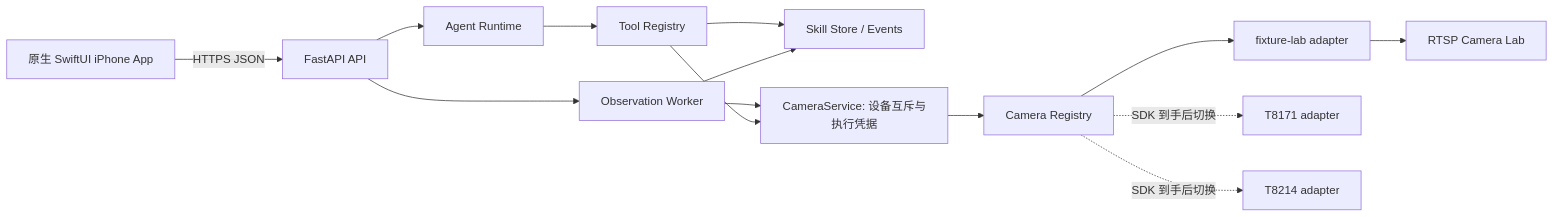
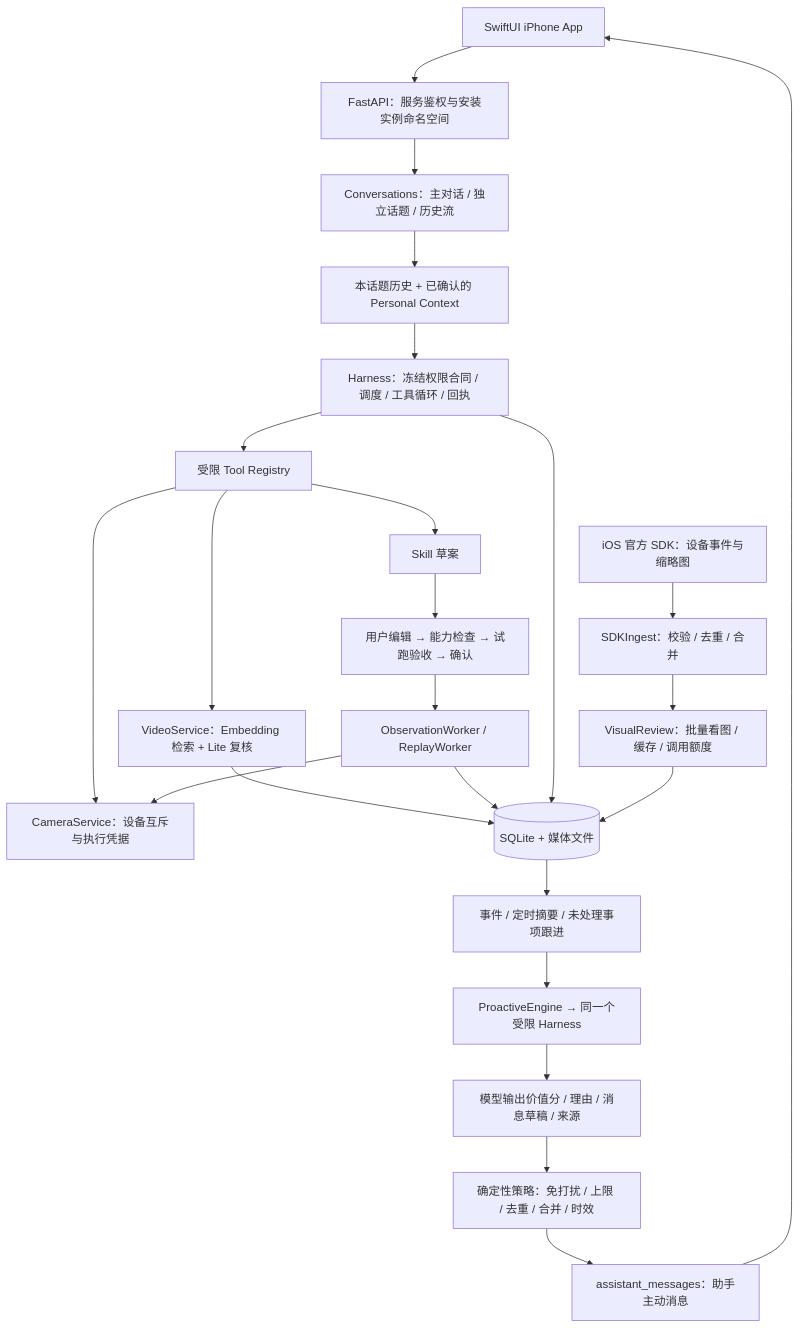
The diagram in Cloud/ARCHITECTURE.md (zhangmiao03/evidenceguard-ios), drawn with Mermaid before and after one commit. The commit also changed other lines of this file and 38 other files, not shown here.

Commit message:
Add camera-first proactive demo and durable mobile conversations

````diff
--- a/Cloud/ARCHITECTURE.md
+++ b/Cloud/ARCHITECTURE.md
@@ -5,16 +9,26 @@
 ```mermaid
-flowchart LR
-  A[原生 SwiftUI iPhone App] -->|HTTPS JSON| B[FastAPI API]
-  B --> C[Agent Runtime]
-  C --> D[Tool Registry]
-  D --> E[Skill Store / Events]
-  B --> F[Observation Worker]
-  F --> L[CameraService: 设备互斥与执行凭据]
-  D --> L
-  L --> G[Camera Registry]
-  G --> H[fixture-lab adapter]
-  G -. SDK 到手后切换 .-> I[T8171 adapter]
-  G -. SDK 到手后切换 .-> J[T8214 adapter]
-  H --> K[RTSP Camera Lab]
-  F --> E
+flowchart TD
+  App[SwiftUI iPhone App] --> API[FastAPI：服务鉴权与安装实例命名空间]
+  API --> Sessions[Conversations：主对话 / 独立话题 / 历史流]
+  Sessions --> Context[本话题历史 + 已确认的 Personal Context]
+  Context --> Harness[Harness：冻结权限合同 / 调度 / 工具循环 / 回执]
+  Harness --> Tools[受限 Tool Registry]
+  Tools --> Video[VideoService：Embedding 检索 + Lite 复核]
+  Tools --> Camera[CameraService：设备互斥与执行凭据]
+  Tools --> Draft[Skill 草案]
+  Draft --> Confirm[用户编辑 → 能力检查 → 试跑验收 → 确认]
+  Confirm --> Worker[ObservationWorker / ReplayWorker]
+  Worker --> Camera
+  Video --> DB[(SQLite + 媒体文件)]
+  Worker --> DB
+  Harness --> DB
+  SDK[iOS 官方 SDK：设备事件与缩略图] --> Ingest[SDKIngest：校验 / 去重 / 合并]
+  Ingest --> Visual[VisualReview：批量看图 / 缓存 / 调用额度]
+  Visual --> DB
+  DB --> Trigger[事件 / 定时摘要 / 未处理事项跟进]
+  Trigger --> Proactive[ProactiveEngine → 同一个受限 Harness]
+  Proactive --> Score[模型输出价值分 / 理由 / 消息草稿 / 来源]
+  Score --> Policy[确定性策略：免打扰 / 上限 / 去重 / 合并 / 时效]
+  Policy --> Inbox[assistant_messages：助手主动消息]
+  Inbox --> App
 ```
````
